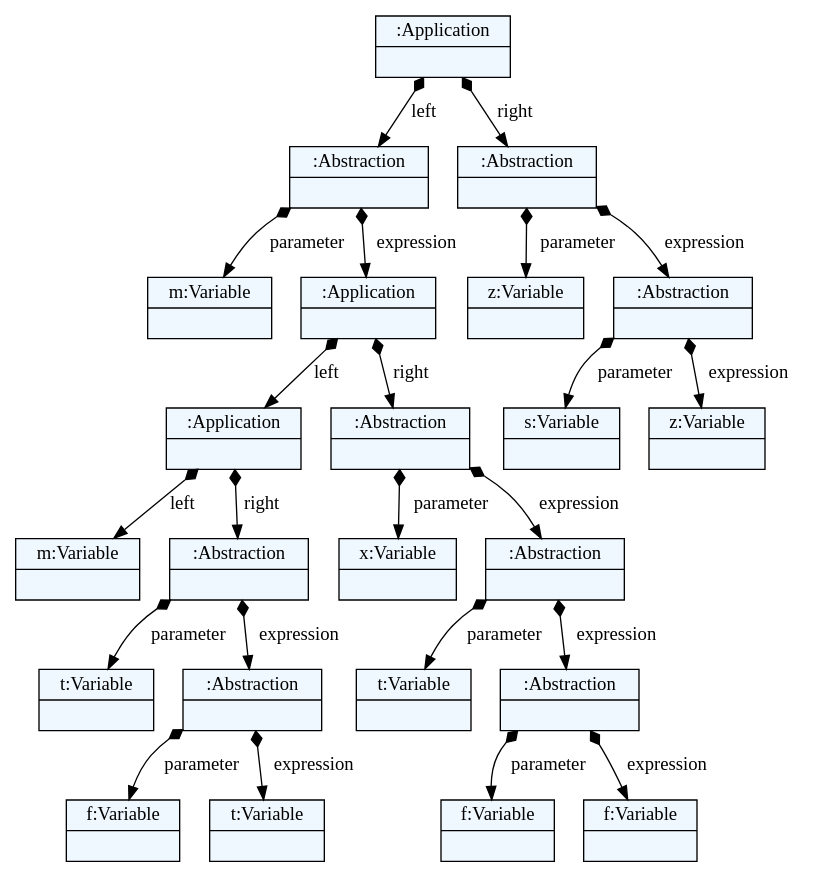
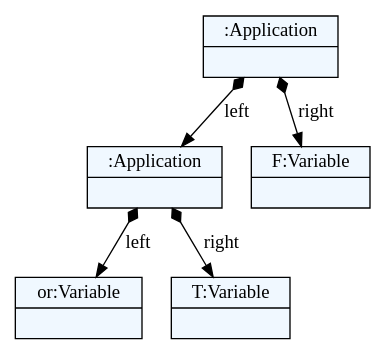
Before and after one commit to pavleglusac/lambda-calculus: the diagram in model.dot, drawn with Graphviz. The commit also changed 22 other files, not shown here.

```diff
--- a/model.dot
+++ b/model.dot
@@ -1,60 +1,24 @@
 
     digraph textX {
     fontname = "Bitstream Vera Sans"
     fontsize = 8
     node[
         shape=record,
         style=filled,
         fillcolor=aliceblue
     ]
     nodesep = 0.3
     edge[dir=black,arrowtail=empty]
 
 
-1953379351280 -> 1953379351328 [label="left" arrowtail=diamond dir=both]
-1953379351328 -> 1953379351088 [label="parameter" arrowtail=diamond dir=both]
-1953379351088[label="{m:Variable|}"]
-1953379351328 -> 1953379350944 [label="expression" arrowtail=diamond dir=both]
-1953379350944 -> 1953379350800 [label="left" arrowtail=diamond dir=both]
-1953379350800 -> 1953379345136 [label="left" arrowtail=diamond dir=both]
-1953379345136[label="{m:Variable|}"]
-1953379350800 -> 1953379351616 [label="right" arrowtail=diamond dir=both]
-1953379351616 -> 1953379351712 [label="parameter" arrowtail=diamond dir=both]
-1953379351712[label="{t:Variable|}"]
-1953379351616 -> 1953379351808 [label="expression" arrowtail=diamond dir=both]
-1953379351808 -> 1953379351904 [label="parameter" arrowtail=diamond dir=both]
-1953379351904[label="{f:Variable|}"]
-1953379351808 -> 1953379351952 [label="expression" arrowtail=diamond dir=both]
-1953379351952[label="{t:Variable|}"]
-1953379351808[label="{:Abstraction|}"]
-1953379351616[label="{:Abstraction|}"]
-1953379350800[label="{:Application|}"]
-1953379350944 -> 1953379351856 [label="right" arrowtail=diamond dir=both]
-1953379351856 -> 1953379351664 [label="parameter" arrowtail=diamond dir=both]
-1953379351664[label="{x:Variable|}"]
-1953379351856 -> 1953379345088 [label="expression" arrowtail=diamond dir=both]
-1953379345088 -> 1953379343888 [label="parameter" arrowtail=diamond dir=both]
-1953379343888[label="{t:Variable|}"]
-1953379345088 -> 1953379343552 [label="expression" arrowtail=diamond dir=both]
-1953379343552 -> 1953379344464 [label="parameter" arrowtail=diamond dir=both]
-1953379344464[label="{f:Variable|}"]
-1953379343552 -> 1953379344416 [label="expression" arrowtail=diamond dir=both]
-1953379344416[label="{f:Variable|}"]
-1953379343552[label="{:Abstraction|}"]
-1953379345088[label="{:Abstraction|}"]
-1953379351856[label="{:Abstraction|}"]
-1953379350944[label="{:Application|}"]
-1953379351328[label="{:Abstraction|}"]
-1953379351280 -> 1953379351376 [label="right" arrowtail=diamond dir=both]
-1953379351376 -> 1953379351472 [label="parameter" arrowtail=diamond dir=both]
-1953379351472[label="{z:Variable|}"]
-1953379351376 -> 1953379352000 [label="expression" arrowtail=diamond dir=both]
-1953379352000 -> 1953379344608 [label="parameter" arrowtail=diamond dir=both]
-1953379344608[label="{s:Variable|}"]
-1953379352000 -> 1953379344656 [label="expression" arrowtail=diamond dir=both]
-1953379344656[label="{z:Variable|}"]
-1953379352000[label="{:Abstraction|}"]
-1953379351376[label="{:Abstraction|}"]
-1953379351280[label="{:Application|}"]
+2196313705392 -> 2196313704528 [label="left" arrowtail=diamond dir=both]
+2196313704528 -> 2196313705296 [label="left" arrowtail=diamond dir=both]
+2196313705296[label="{or:Variable|}"]
+2196313704528 -> 2196313706064 [label="right" arrowtail=diamond dir=both]
+2196313706064[label="{T:Variable|}"]
+2196313704528[label="{:Application|}"]
+2196313705392 -> 2196313704432 [label="right" arrowtail=diamond dir=both]
+2196313704432[label="{F:Variable|}"]
+2196313705392[label="{:Application|}"]
 
 }
```
